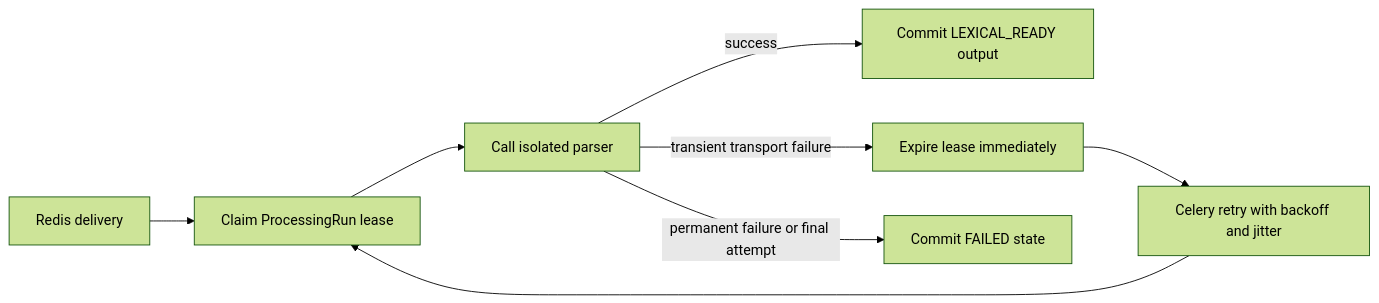
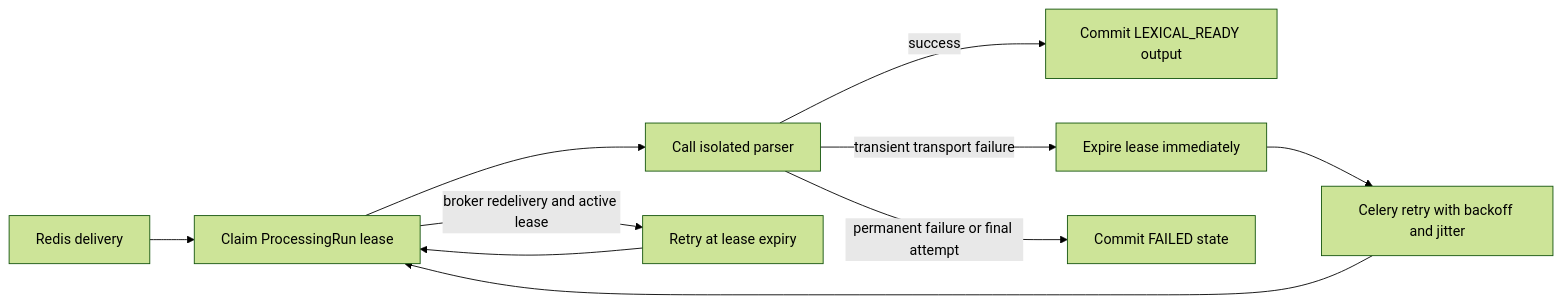
The second of 2 diagrams in backend/src/investment_research/infrastructure/queue/README.md (rnkraus/investment-research), drawn with Mermaid (forest theme) before and after one commit. The commit also changed other lines of this file and 10 other files, not shown here.

````diff
--- a/backend/src/investment_research/infrastructure/queue/README.md
+++ b/backend/src/investment_research/infrastructure/queue/README.md
@@ -50,10 +55,12 @@
 ```mermaid
 flowchart LR
     DELIVERY[Redis delivery] --> CLAIM[Claim ProcessingRun lease]
     CLAIM --> PARSE[Call isolated parser]
     PARSE -->|success| READY[Commit LEXICAL_READY output]
     PARSE -->|transient transport failure| EXPIRE[Expire lease immediately]
     EXPIRE --> RETRY[Celery retry with backoff and jitter]
     RETRY --> CLAIM
+    CLAIM -->|broker redelivery and active lease| DEFER[Retry at lease expiry]
+    DEFER --> CLAIM
     PARSE -->|permanent failure or final attempt| FAILED[Commit FAILED state]
 ```
````
